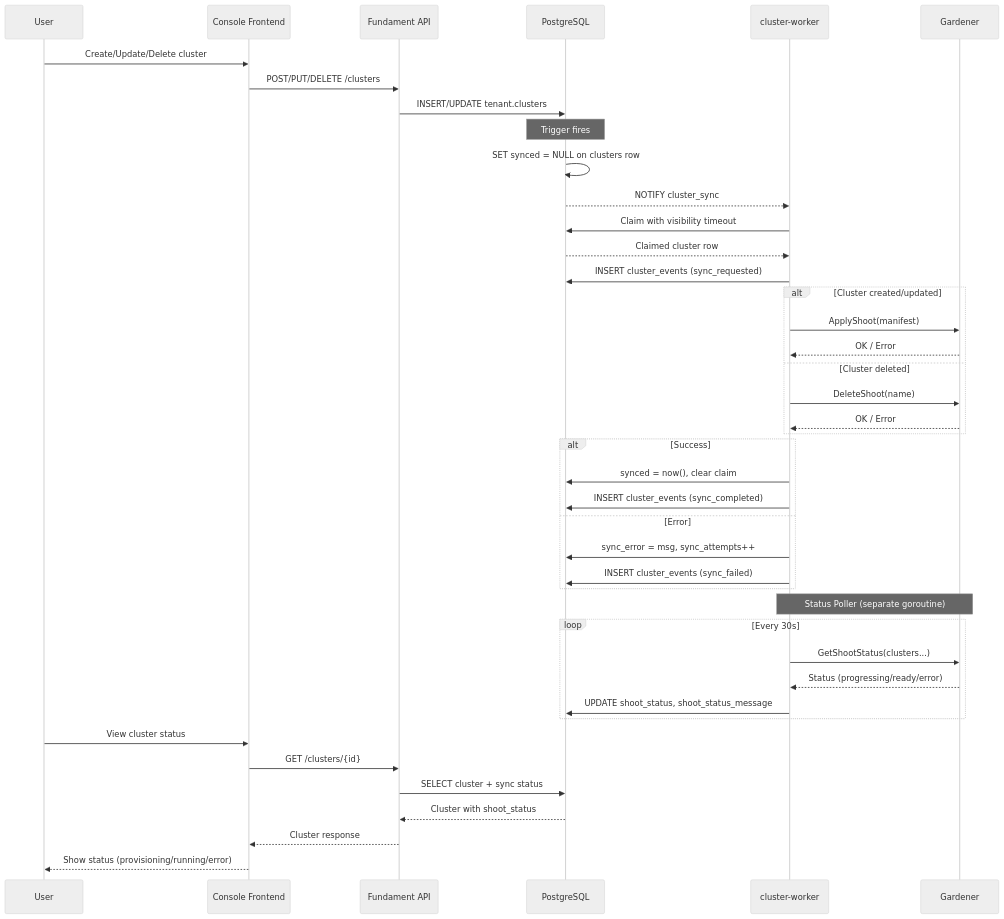
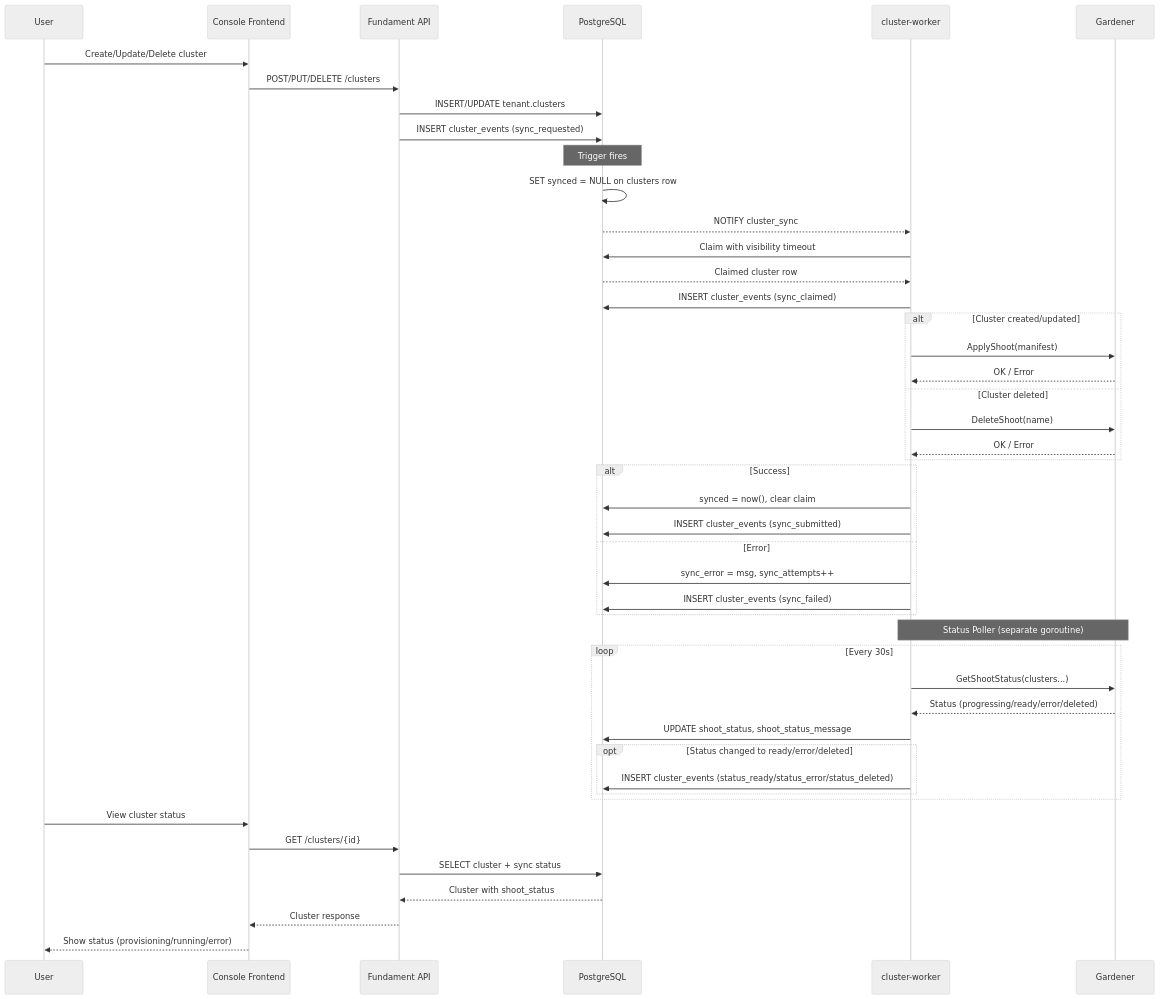
One commit to fundament-oss/fundament changed the first of 2 diagrams in cluster-worker/README.md. Above: the diagram before and after it, drawn with Mermaid (neutral theme). The commit also changed other lines of this file and 28 other files, not shown here.

Commit message:
refactor(cluster-worker): more review changes

````diff
--- a/cluster-worker/README.md
+++ b/cluster-worker/README.md
@@ -68,52 +68,56 @@
 ```mermaid
 sequenceDiagram
     participant User
     participant Frontend as Console Frontend
     participant API as Fundament API
     participant DB as PostgreSQL
     participant Worker as cluster-worker
     participant Gardener
 
     User->>Frontend: Create/Update/Delete cluster
     Frontend->>API: POST/PUT/DELETE /clusters
     API->>DB: INSERT/UPDATE tenant.clusters
+    API->>DB: INSERT cluster_events (sync_requested)
 
     Note over DB: Trigger fires
     DB->>DB: SET synced = NULL on clusters row
     DB-->>Worker: NOTIFY cluster_sync
 
     Worker->>DB: Claim with visibility timeout
     DB-->>Worker: Claimed cluster row
-    Worker->>DB: INSERT cluster_events (sync_requested)
+    Worker->>DB: INSERT cluster_events (sync_claimed)
 
     alt Cluster created/updated
         Worker->>Gardener: ApplyShoot(manifest)
         Gardener-->>Worker: OK / Error
     else Cluster deleted
         Worker->>Gardener: DeleteShoot(name)
         Gardener-->>Worker: OK / Error
     end
 
     alt Success
         Worker->>DB: synced = now(), clear claim
-        Worker->>DB: INSERT cluster_events (sync_completed)
+        Worker->>DB: INSERT cluster_events (sync_submitted)
     else Error
         Worker->>DB: sync_error = msg, sync_attempts++
         Worker->>DB: INSERT cluster_events (sync_failed)
     end
 
     Note over Worker,Gardener: Status Poller (separate goroutine)
 
     loop Every 30s
         Worker->>Gardener: GetShootStatus(clusters...)
-        Gardener-->>Worker: Status (progressing/ready/error)
+        Gardener-->>Worker: Status (progressing/ready/error/deleted)
         Worker->>DB: UPDATE shoot_status, shoot_status_message
+        opt Status changed to ready/error/deleted
+            Worker->>DB: INSERT cluster_events (status_ready/status_error/status_deleted)
+        end
     end
 
     User->>Frontend: View cluster status
     Frontend->>API: GET /clusters/{id}
     API->>DB: SELECT cluster + sync status
     DB-->>API: Cluster with shoot_status
     API-->>Frontend: Cluster response
     Frontend-->>User: Show status (provisioning/running/error)
 ```
````
